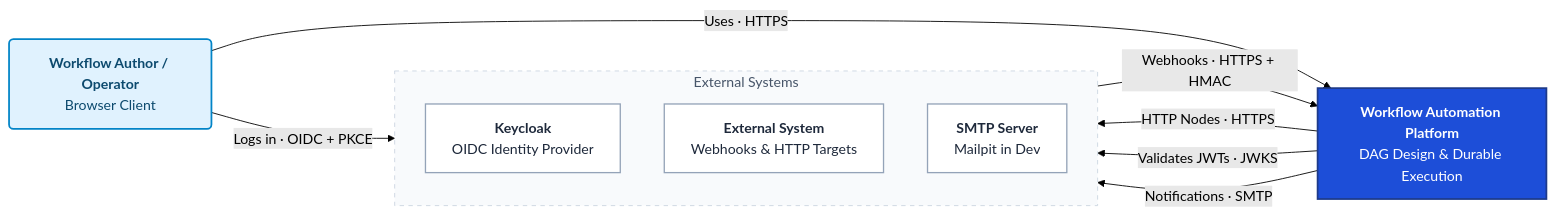
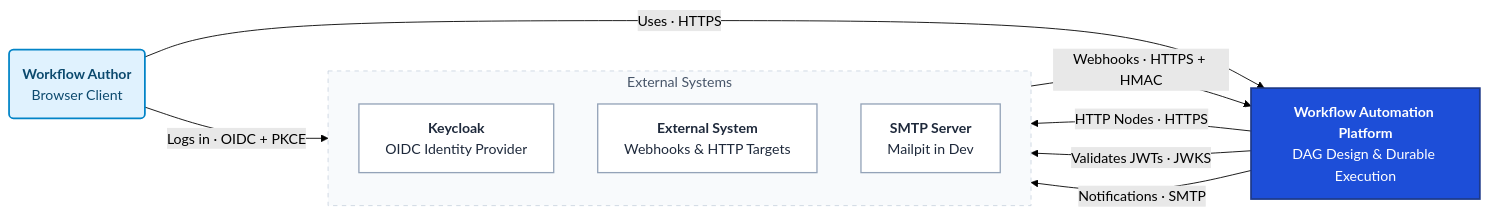
Before and after one commit to MohamedElmasrar/workflows-engine: the first of 4 diagrams in docs/architecture/overview.md, drawn with Mermaid (forest theme). The commit also changed other lines of this file and 26 other files, not shown here.

````diff
--- a/docs/architecture/overview.md
+++ b/docs/architecture/overview.md
@@ -8,26 +8,26 @@
 ```mermaid
 flowchart LR
-  user("<b>Workflow Author / Operator</b><br/>Browser Client")
+  user("<b>Workflow Author</b><br/>Browser Client")
   platform["<b>Workflow Automation Platform</b><br/>DAG Design & Durable Execution"]
 
   subgraph external ["External Systems"]
     direction TB
     idp["<b>Keycloak</b><br/>OIDC Identity Provider"]
     ext["<b>External System</b><br/>Webhooks & HTTP Targets"]
     smtp["<b>SMTP Server</b><br/>Mailpit in Dev"]
   end
 
   user -->|Uses · HTTPS| platform
   user -->|Logs in · OIDC + PKCE| idp
   ext -->|Webhooks · HTTPS + HMAC| platform
   platform -->|HTTP Nodes · HTTPS| ext
   platform -->|Validates JWTs · JWKS| idp
   platform -->|Notifications · SMTP| smtp
 
   style user fill:#e0f2fe,stroke:#0284c7,stroke-width:2px,color:#0c4a6e
   style platform fill:#1d4ed8,stroke:#1e3a8a,stroke-width:2px,color:#ffffff
   style external fill:#f8fafc,stroke:#cbd5e1,stroke-dasharray: 5 5,color:#475569
   style idp fill:#ffffff,stroke:#94a3b8,stroke-width:1.5px,color:#1e293b
   style ext fill:#ffffff,stroke:#94a3b8,stroke-width:1.5px,color:#1e293b
   style smtp fill:#ffffff,stroke:#94a3b8,stroke-width:1.5px,color:#1e293b
 ```
````
